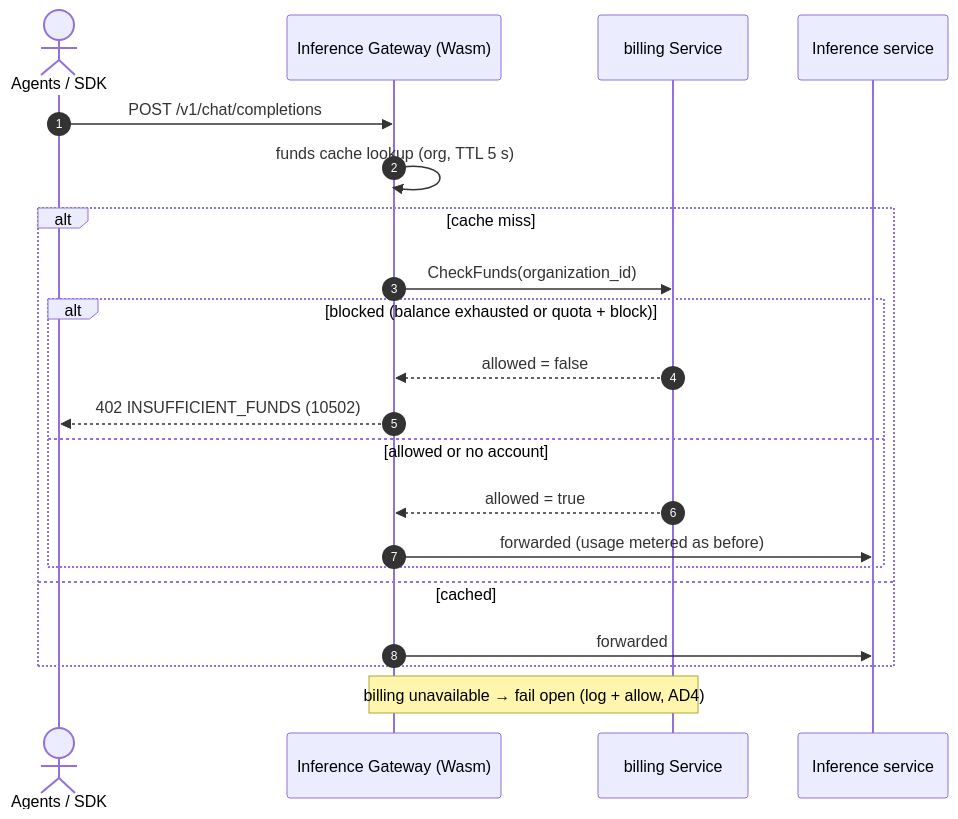
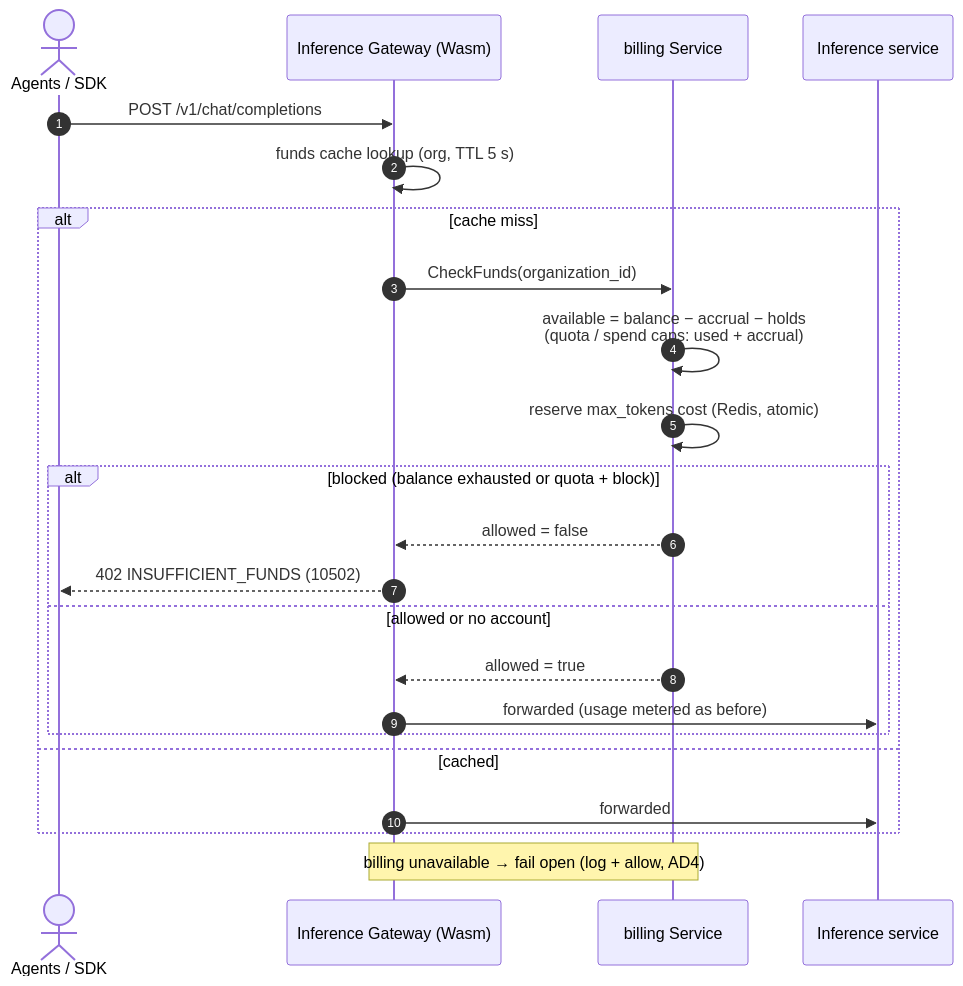
The fifth of 6 diagrams in site/docs/architecture/balance-quota.md (go-taas/go-taas), drawn with Mermaid before and after one commit. The commit also changed other lines of this file and 38 other files, not shown here.

````diff
--- a/site/docs/architecture/balance-quota.md
+++ b/site/docs/architecture/balance-quota.md
@@ -276,23 +369,25 @@
 ```mermaid
 sequenceDiagram
     autonumber
     actor Agent as Agents / SDK
     participant DGW as Inference Gateway (Wasm)
     participant BILL as billing Service
     participant RT as Inference service
     Agent->>DGW: POST /v1/chat/completions
     DGW->>DGW: funds cache lookup (org, TTL 5 s)
     alt cache miss
         DGW->>BILL: CheckFunds(organization_id)
+        BILL->>BILL: available = balance − accrual − holds<br/>(quota / spend caps: used + accrual)
+        BILL->>BILL: reserve max_tokens cost (Redis, atomic)
         alt blocked (balance exhausted or quota + block)
             BILL-->>DGW: allowed = false
             DGW-->>Agent: 402 INSUFFICIENT_FUNDS (10502)
         else allowed or no account
             BILL-->>DGW: allowed = true
             DGW->>RT: forwarded (usage metered as before)
         end
     else cached
         DGW->>RT: forwarded
     end
     Note over DGW,BILL: billing unavailable → fail open (log + allow, AD4)
 ```
````
